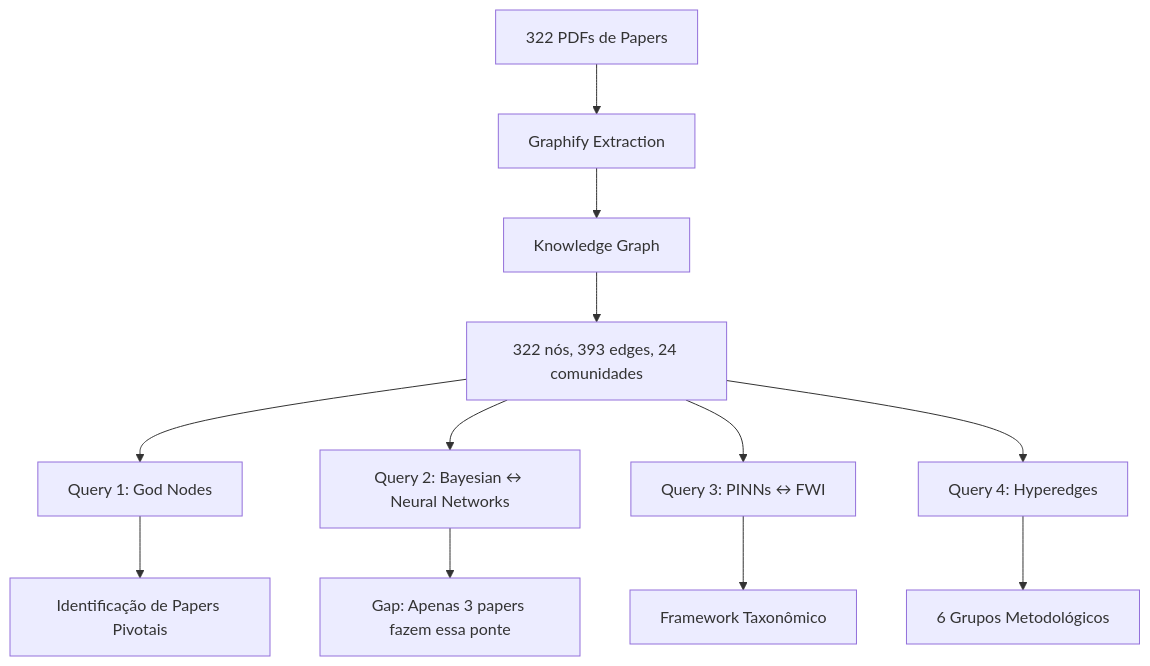
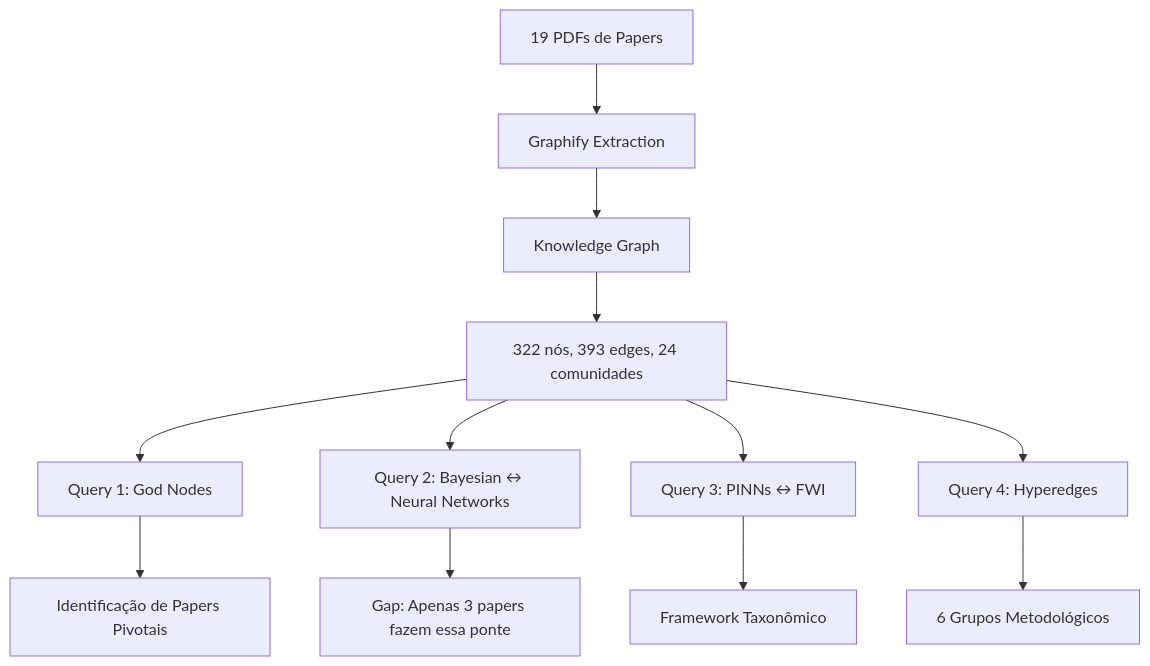
The diagram in README.md (VictorNGomes/PPGEEC2327_trabalho_2_pt2), drawn with Mermaid before and after one commit. The commit also changed other lines of this file and 1 other file, not shown here.

````diff
--- a/README.md
+++ b/README.md
@@ -107,14 +105,14 @@
 ```mermaid
 graph TD
-    A[322 PDFs de Papers] --> B[Graphify Extraction]
+    A[19 PDFs de Papers] --> B[Graphify Extraction]
     B --> C[Knowledge Graph]
     C --> D[322 nós, 393 edges, 24 comunidades]
     D --> E[Query 1: God Nodes]
     D --> F[Query 2: Bayesian ↔ Neural Networks]
     D --> G[Query 3: PINNs ↔ FWI]
     D --> H[Query 4: Hyperedges]
     E --> I[Identificação de Papers Pivotais]
     F --> J[Gap: Apenas 3 papers fazem essa ponte]
     G --> K[Framework Taxonômico]
     H --> L[6 Grupos Metodológicos]
 ```
````
